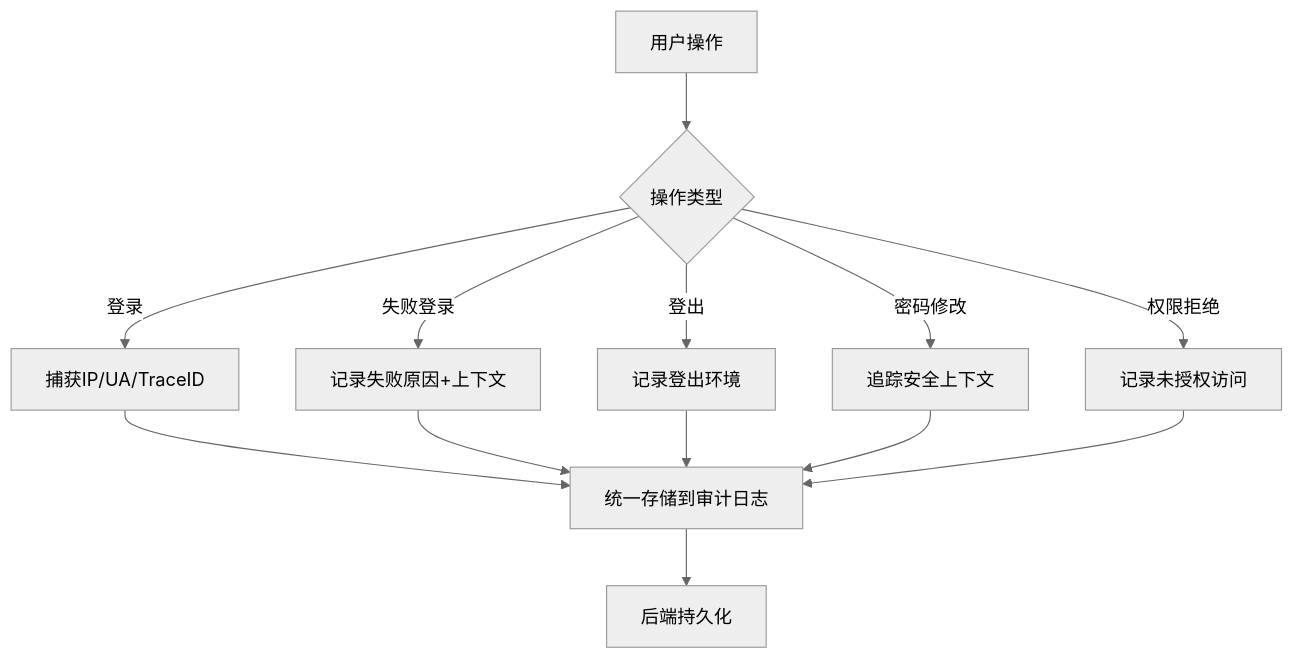
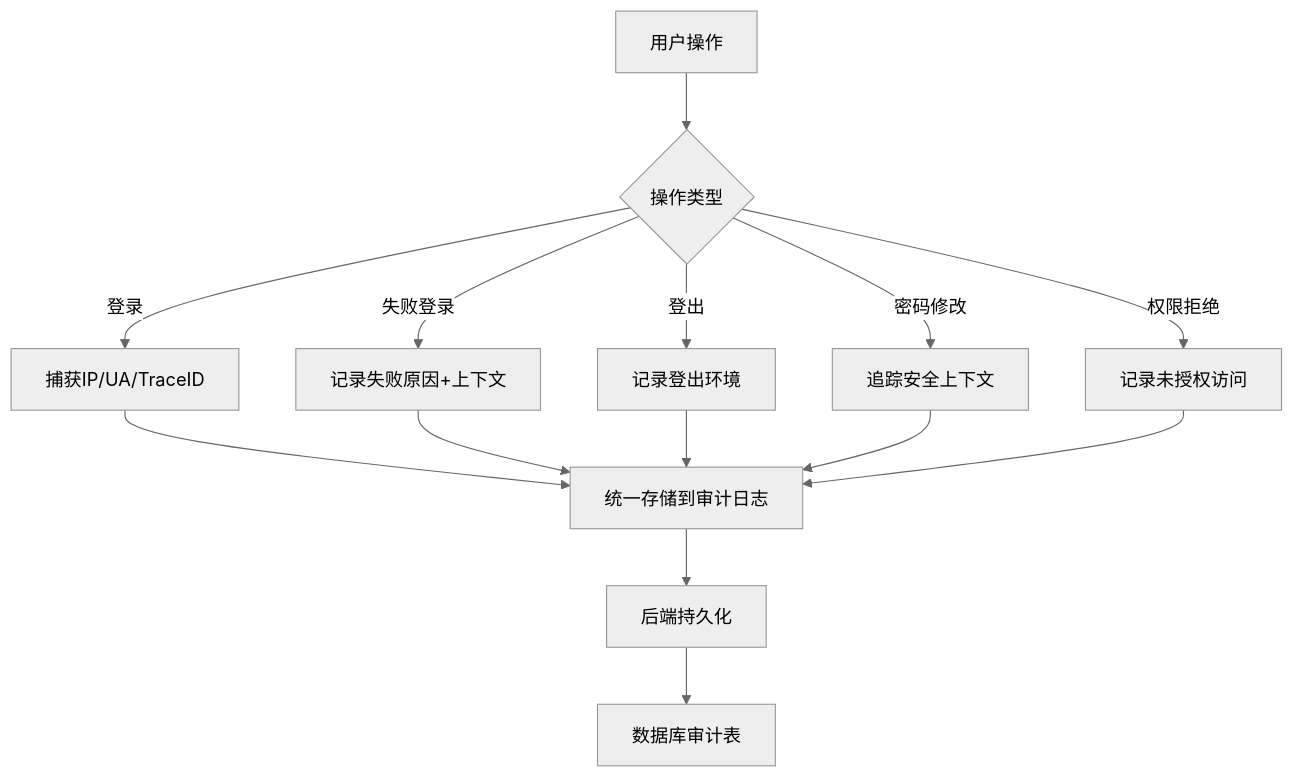
One commit to Damao997/newproject changed the fourth of 8 diagrams in .qoder/repowiki/zh/content/核心模块/审计日志系统.md. Above: the diagram before and after it, drawn with Mermaid (neutral theme). The commit also changed other lines of this file and 10 other files, not shown here.

````diff
--- a/.qoder/repowiki/zh/content/核心模块/审计日志系统.md
+++ b/.qoder/repowiki/zh/content/核心模块/审计日志系统.md
@@ -249,15 +189,16 @@
 ```mermaid
 flowchart TD
 A["用户操作"] --> B{"操作类型"}
 B --> |登录| C["捕获IP/UA/TraceID"]
 B --> |失败登录| D["记录失败原因+上下文"]
 B --> |登出| E["记录登出环境"]
 B --> |密码修改| F["追踪安全上下文"]
 B --> |权限拒绝| G["记录未授权访问"]
 C --> H["统一存储到审计日志"]
 D --> H
 E --> H
 F --> H
 G --> H
 H --> I["后端持久化"]
+I --> J["数据库审计表"]
 ```
````
